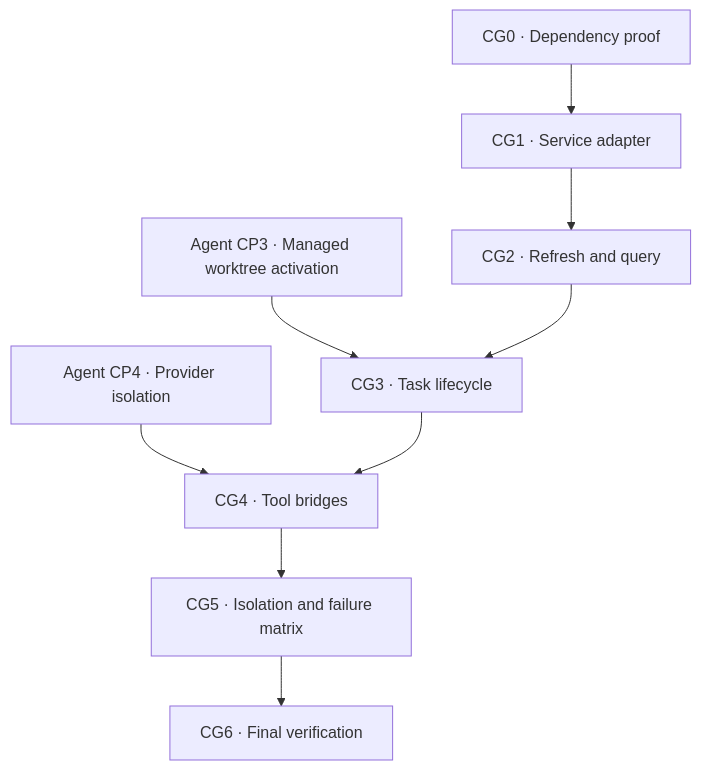
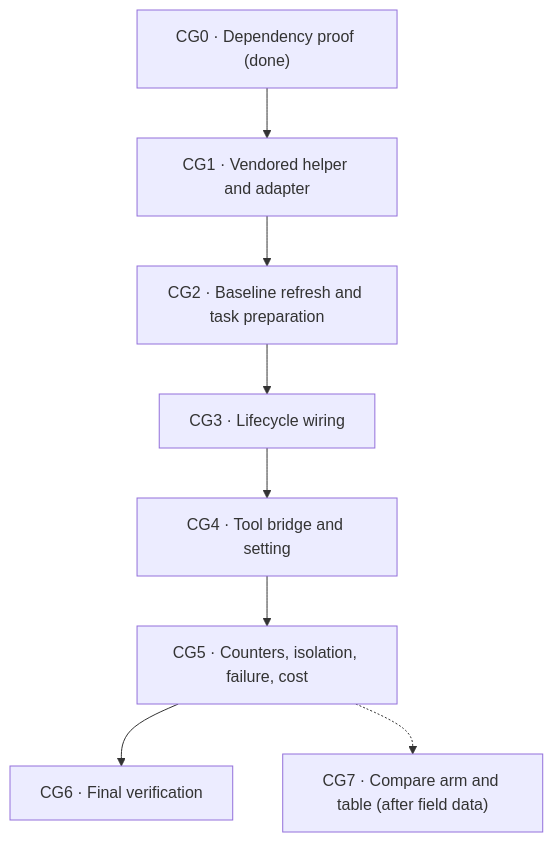
One commit to bytequay/bytequay changed the diagram in docs/design/code-graph-impl-tmp.md. Above: the diagram before and after it, drawn with Mermaid. The commit also changed other lines of this file and 1 other file, not shown here.

First line of the commit message:
Design CodeGraph first version with a baseline

````diff
--- a/docs/design/code-graph-impl-tmp.md
+++ b/docs/design/code-graph-impl-tmp.md
@@ -58,11 +64,10 @@
 ```mermaid
 flowchart TD
-    CP0["CG0 · Dependency proof"] --> CP1["CG1 · Service adapter"]
-    CP1 --> CP2["CG2 · Refresh and query"]
-    A3["Agent CP3 · Managed worktree activation"] --> CP3["CG3 · Task lifecycle"]
-    CP2 --> CP3
-    A4["Agent CP4 · Provider isolation"] --> CP4["CG4 · Tool bridges"]
-    CP3 --> CP4
-    CP4 --> CP5["CG5 · Isolation and failure matrix"]
+    CP0["CG0 · Dependency proof (done)"] --> CP1["CG1 · Vendored helper and adapter"]
+    CP1 --> CP2["CG2 · Baseline refresh and task preparation"]
+    CP2 --> CP3["CG3 · Lifecycle wiring"]
+    CP3 --> CP4["CG4 · Tool bridge and setting"]
+    CP4 --> CP5["CG5 · Counters, isolation, failure, cost"]
     CP5 --> CP6["CG6 · Final verification"]
+    CP5 -.-> CP7["CG7 · Compare arm and table (after field data)"]
 ```
````
